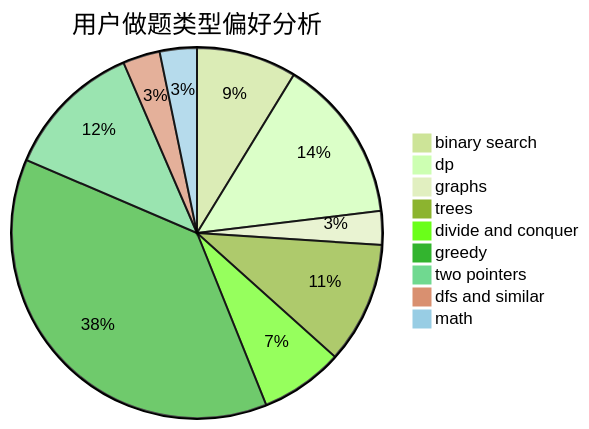
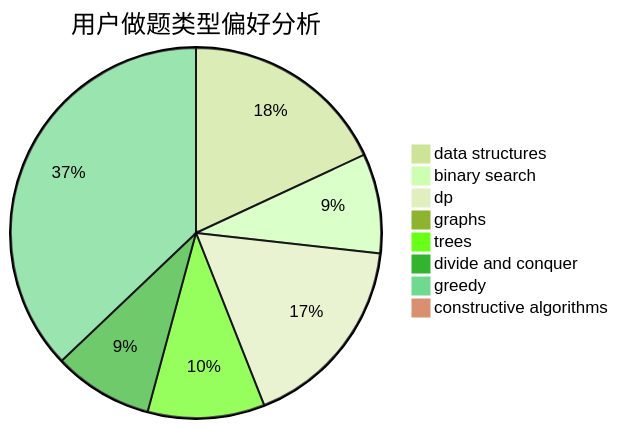
Before and after one commit to sherpahu/cfrs.github.io: the second of 3 diagrams in docs/user/u520.md, drawn with Mermaid (forest theme). The commit also changed other lines of this file and 2775 other files, not shown here.

````diff
--- a/docs/user/u520.md
+++ b/docs/user/u520.md
@@ -23,12 +23,11 @@
 ```mermaid
 pie title 用户做题类型偏好分析
-    "binary search" :  89
-    "dp" :  146
-    "graphs" :  30
-    "trees" :  108
-    "divide and conquer" :  74
-    "greedy" :  382
-    "two pointers" :  123
-    "dfs and similar" :  33
-    "math" :  33
+    "data structures" :  131
+    "binary search" :  63
+    "dp" :  125
+    "graphs" :  1
+    "trees" :  74
+    "divide and conquer" :  63
+    "greedy" :  269
+    "constructive algorithms" :  3
 ```
````
